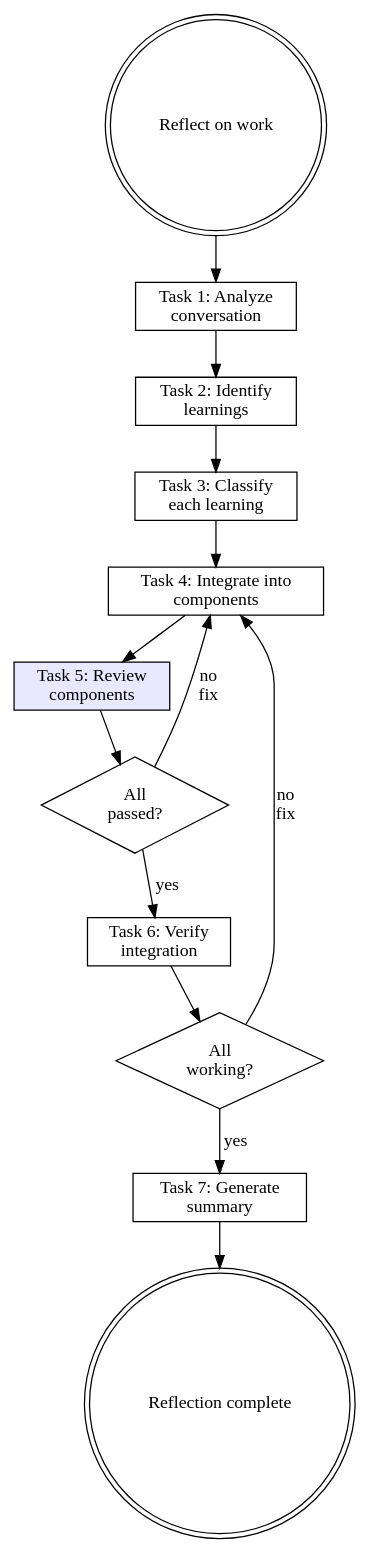
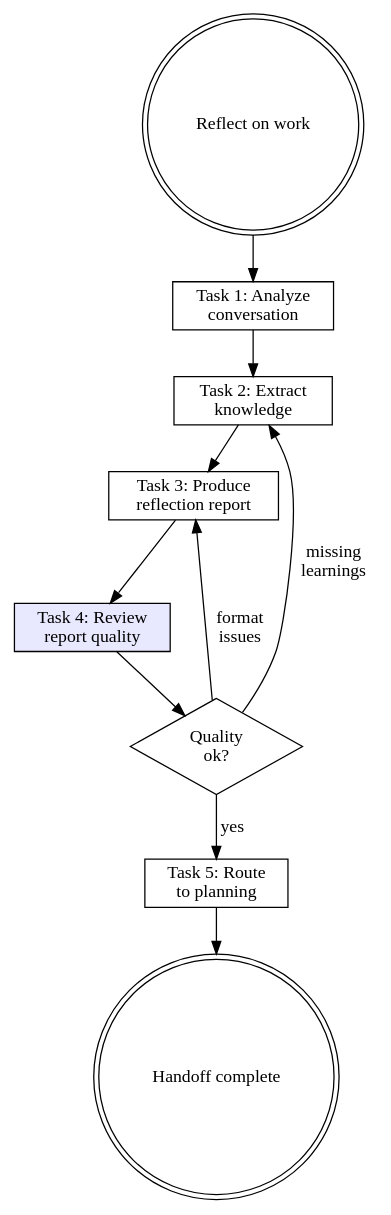
Before and after one commit to wayne930242/Reflexive-Claude-Code: the diagram in plugins/rcc/skills/reflecting/SKILL.md, drawn with Graphviz. The commit also changed other lines of this file, not shown here.

````diff
--- a/plugins/rcc/skills/reflecting/SKILL.md
+++ b/plugins/rcc/skills/reflecting/SKILL.md
@@ -273,30 +180,24 @@
 ```dot
 digraph reflecting {
     rankdir=TB;
 
     start [label="Reflect on work", shape=doublecircle];
     analyze [label="Task 1: Analyze\nconversation", shape=box];
-    identify [label="Task 2: Identify\nlearnings", shape=box];
-    classify [label="Task 3: Classify\neach learning", shape=box];
-    integrate [label="Task 4: Integrate into\ncomponents", shape=box];
-    review [label="Task 5: Review\ncomponents", shape=box, style=filled, fillcolor="#e8e8ff"];
-    review_pass [label="All\npassed?", shape=diamond];
-    verify [label="Task 6: Verify\nintegration", shape=box];
-    works [label="All\nworking?", shape=diamond];
-    summary [label="Task 7: Generate\nsummary", shape=box];
-    done [label="Reflection complete", shape=doublecircle];
+    extract [label="Task 2: Extract\nknowledge", shape=box];
+    report [label="Task 3: Produce\nreflection report", shape=box];
+    review [label="Task 4: Review\nreport quality", shape=box, style=filled, fillcolor="#e8e8ff"];
+    quality_ok [label="Quality\nok?", shape=diamond];
+    route [label="Task 5: Route\nto planning", shape=box];
+    done [label="Handoff complete", shape=doublecircle];
 
     start -> analyze;
-    analyze -> identify;
-    identify -> classify;
-    classify -> integrate;
-    integrate -> review;
-    review -> review_pass;
-    review_pass -> verify [label="yes"];
-    review_pass -> integrate [label="no\nfix"];
-    verify -> works;
-    works -> summary [label="yes"];
-    works -> integrate [label="no\nfix"];
-    summary -> done;
+    analyze -> extract;
+    extract -> report;
+    report -> review;
+    review -> quality_ok;
+    quality_ok -> route [label="yes"];
+    quality_ok -> extract [label="missing\nlearnings"];
+    quality_ok -> report [label="format\nissues"];
+    route -> done;
 }
 ```
````
